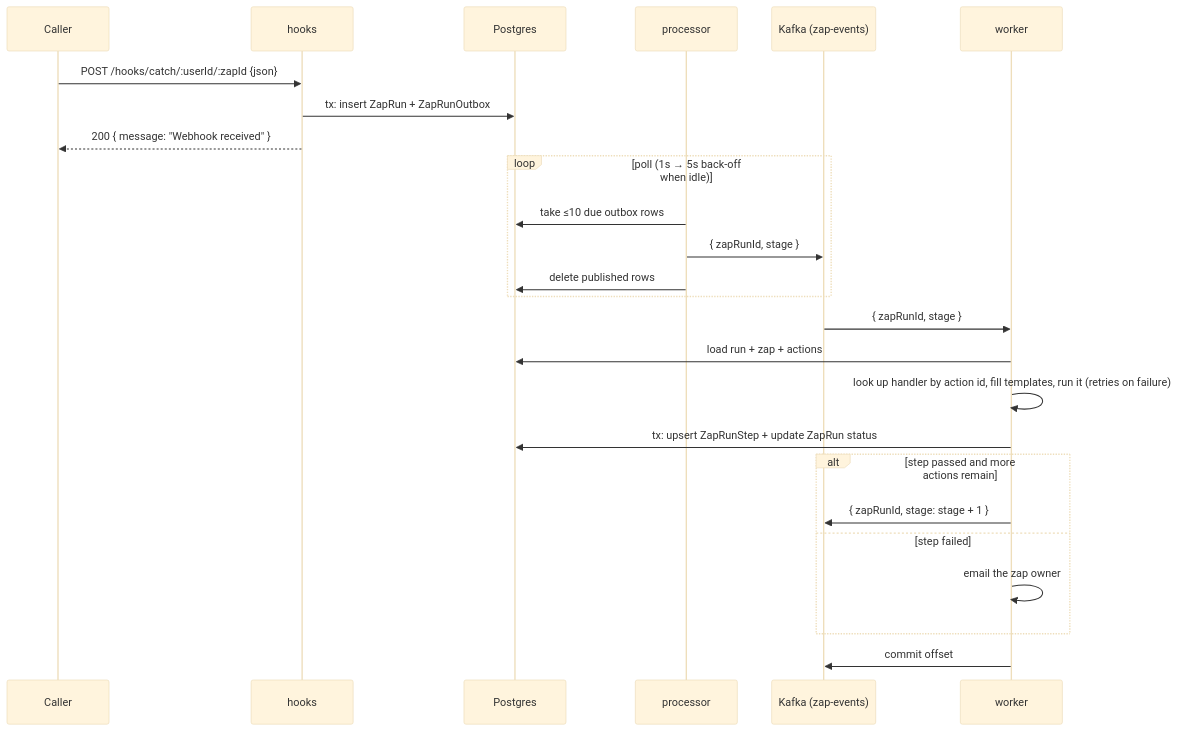
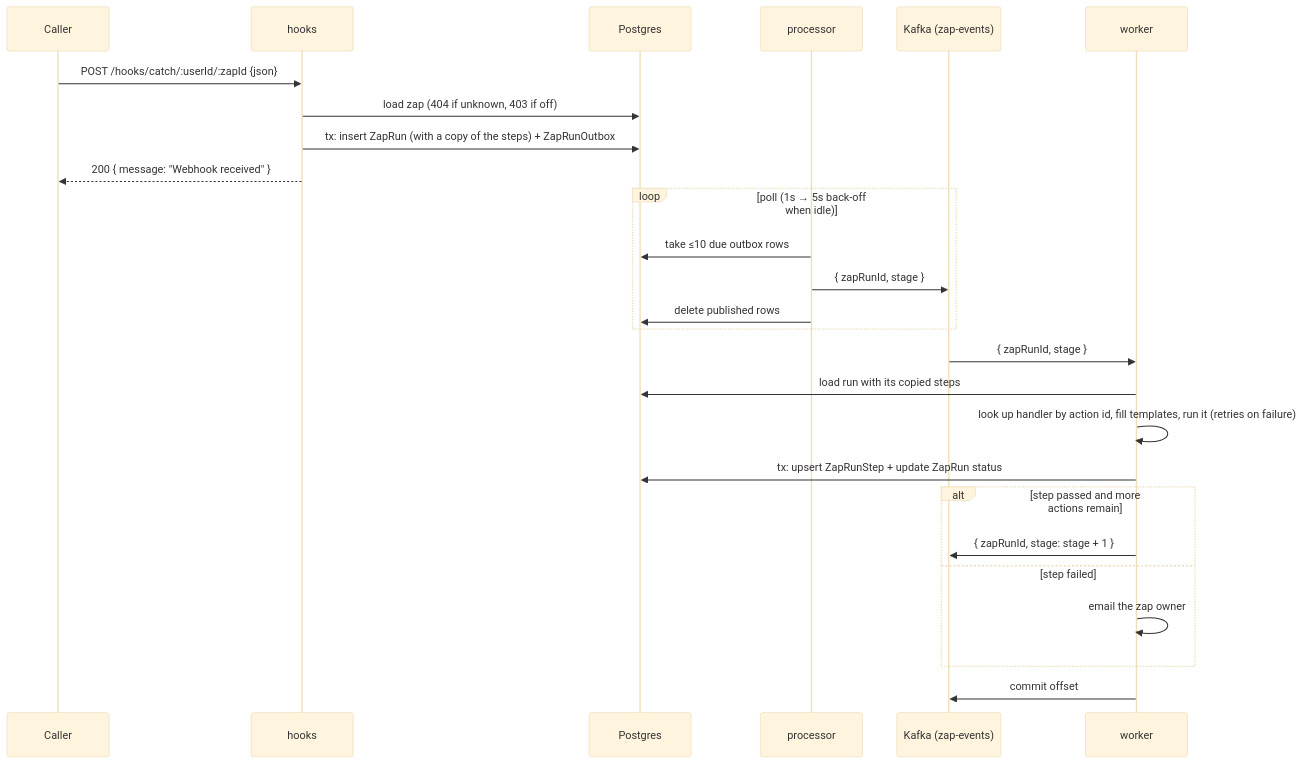
The third of 3 diagrams in ARCHITECTURE.md (bixl007/Integrix), drawn with Mermaid (base theme) before and after one commit. The commit also changed other lines of this file and 28 other files, not shown here.

First line of the commit message:
feat: turn zaps on or off and edit their steps

````diff
--- a/ARCHITECTURE.md
+++ b/ARCHITECTURE.md
@@ -67,27 +67,28 @@
 ```mermaid
 sequenceDiagram
   participant C as Caller
   participant H as hooks
   participant DB as Postgres
   participant P as processor
   participant K as Kafka (zap-events)
   participant W as worker
   C->>H: POST /hooks/catch/:userId/:zapId {json}
-  H->>DB: tx: insert ZapRun + ZapRunOutbox
+  H->>DB: load zap (404 if unknown, 403 if off)
+  H->>DB: tx: insert ZapRun (with a copy of the steps) + ZapRunOutbox
   H-->>C: 200 { message: "Webhook received" }
   loop poll (1s → 5s back-off when idle)
     P->>DB: take ≤10 due outbox rows
     P->>K: { zapRunId, stage }
     P->>DB: delete published rows
   end
   K->>W: { zapRunId, stage }
-  W->>DB: load run + zap + actions
+  W->>DB: load run with its copied steps
   W->>W: look up handler by action id, fill templates, run it (retries on failure)
   W->>DB: tx: upsert ZapRunStep + update ZapRun status
   alt step passed and more actions remain
     W->>K: { zapRunId, stage: stage + 1 }
   else step failed
     W->>W: email the zap owner
   end
   W->>K: commit offset
 ```
````
